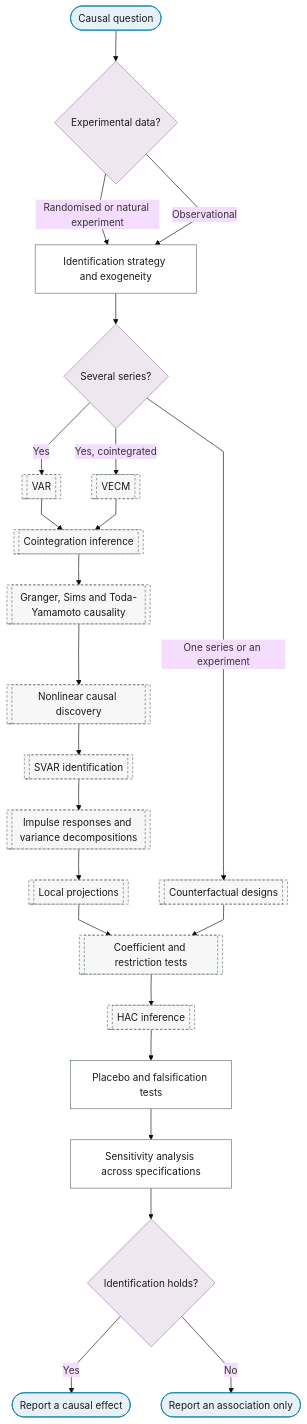
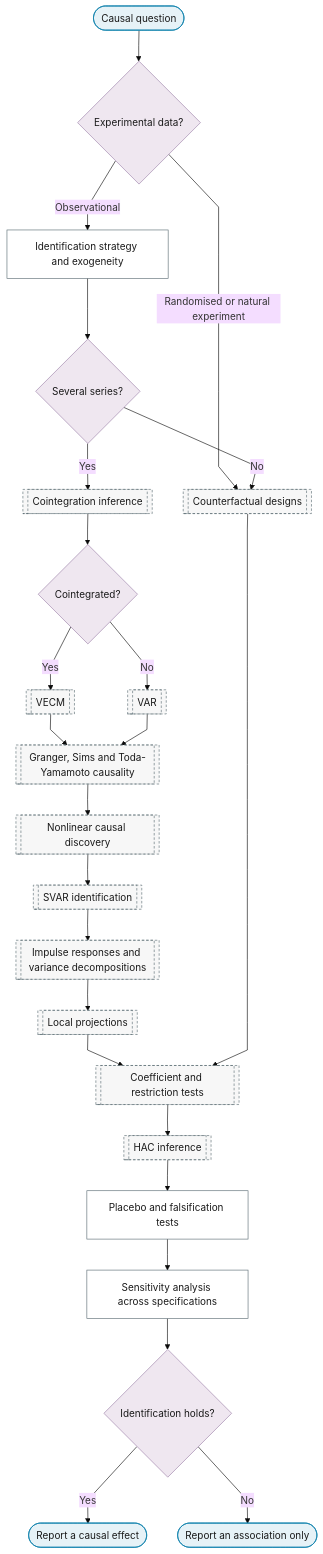
One commit to Shuxin-Y/time-series-analysis-manual changed the diagram in docs/01-workflow/p02-purpose/02-causal-inference.md. Above: the diagram before and after it, drawn with Mermaid (base theme).

Commit message:
fix(flowchart): causal chart tests cointegration before choosing VAR or VECM
A randomised or natural experiment goes straight to counterfactual
designs; the observational path runs identification, then several
series, cointegration inference and the VECM/VAR choice. The forecasting
horizon diamond already routes since the previous commit (long horizons
set the multi-step flag read before the P10 multi-step ref).

````diff
--- a/docs/01-workflow/p02-purpose/02-causal-inference.md
+++ b/docs/01-workflow/p02-purpose/02-causal-inference.md
@@ -7,36 +7,37 @@
 ```mermaid
 %%{init: {"flowchart": {"curve": "linear"}}}%%
 graph TD
     P2_CA_IN(["Causal question"]) --> P2_CA_DESIGN{"Experimental data?"}
-    P2_CA_DESIGN -->|"Randomised or natural experiment"| P2_CA_IDENTIFICATION["Identification strategy and exogeneity"]
-    P2_CA_DESIGN -->|"Observational"| P2_CA_IDENTIFICATION
+    P2_CA_DESIGN -->|"Randomised or natural experiment"| P10_COUNTERFACTUALS[["Counterfactual designs"]]
+    P2_CA_DESIGN -->|"Observational"| P2_CA_IDENTIFICATION["Identification strategy and exogeneity"]
     P2_CA_IDENTIFICATION --> P2_CA_SYSTEM{"Several series?"}
-    P2_CA_SYSTEM -->|"Yes"| P6_VAR[["VAR"]]
-    P2_CA_SYSTEM -->|"Yes, cointegrated"| P6_VECM[["VECM"]]
-    P2_CA_SYSTEM -->|"One series or an experiment"| P10_COUNTERFACTUALS[["Counterfactual designs"]]
-    P6_VAR & P6_VECM --> P10_COINTEGRATION[["Cointegration inference"]]
-    P10_COINTEGRATION --> P10_GRANGER[["Granger, Sims and Toda-Yamamoto causality"]]
+    P2_CA_SYSTEM -->|"Yes"| P10_COINTEGRATION[["Cointegration inference"]]
+    P2_CA_SYSTEM -->|"No"| P10_COUNTERFACTUALS
+    P10_COINTEGRATION --> P2_CA_COINT{"Cointegrated?"}
+    P2_CA_COINT -->|"Yes"| P6_VECM[["VECM"]]
+    P2_CA_COINT -->|"No"| P6_VAR[["VAR"]]
+    P6_VECM & P6_VAR --> P10_GRANGER[["Granger, Sims and Toda-Yamamoto causality"]]
     P10_GRANGER --> P10_NONLINEAR_CAUSALITY[["Nonlinear causal discovery"]]
     P10_NONLINEAR_CAUSALITY --> P10_SVAR_IDENTIFICATION[["SVAR identification"]]
     P10_SVAR_IDENTIFICATION --> P10_IRF_FEVD[["Impulse responses and variance decompositions"]]
     P10_IRF_FEVD --> P10_LOCAL_PROJECTIONS[["Local projections"]]
     P10_LOCAL_PROJECTIONS & P10_COUNTERFACTUALS --> P10_COEFFICIENT_TESTS[["Coefficient and restriction tests"]]
     P10_COEFFICIENT_TESTS --> P10_HAC[["HAC inference"]]
     P10_HAC --> P2_CA_PLACEBO["Placebo and falsification tests"]
     P2_CA_PLACEBO --> P2_CA_SENSITIVITY["Sensitivity analysis across specifications"]
     P2_CA_SENSITIVITY --> P2_CA_VERDICT{"Identification holds?"}
     P2_CA_VERDICT -->|"Yes"| P2_CA_OUT(["Report a causal effect"])
     P2_CA_VERDICT -->|"No"| P2_CA_ASSOC(["Report an association only"])
     class P2_CA_IN,P2_CA_OUT,P2_CA_ASSOC terminator
-    class P2_CA_DESIGN,P2_CA_SYSTEM,P2_CA_VERDICT decision
+    class P2_CA_DESIGN,P2_CA_SYSTEM,P2_CA_COINT,P2_CA_VERDICT decision
     class P2_CA_IDENTIFICATION,P2_CA_PLACEBO,P2_CA_SENSITIVITY process
-    class P6_VAR,P6_VECM,P10_COUNTERFACTUALS,P10_COINTEGRATION,P10_GRANGER,P10_NONLINEAR_CAUSALITY,P10_SVAR_IDENTIFICATION,P10_IRF_FEVD,P10_LOCAL_PROJECTIONS,P10_COEFFICIENT_TESTS,P10_HAC ref
+    class P10_COUNTERFACTUALS,P10_COINTEGRATION,P6_VECM,P6_VAR,P10_GRANGER,P10_NONLINEAR_CAUSALITY,P10_SVAR_IDENTIFICATION,P10_IRF_FEVD,P10_LOCAL_PROJECTIONS,P10_COEFFICIENT_TESTS,P10_HAC ref
     classDef terminator fill:#E6F2F7,stroke:#007BA7,color:#1A1A1A;
     classDef process fill:#FFFFFF,stroke:#5A6B73,color:#1A1A1A;
     classDef decision fill:#EFE7F0,stroke:#9B7FA7,color:#1A1A1A;
     classDef data fill:#FFF4E0,stroke:#C9A55E,color:#1A1A1A;
     classDef good fill:#DCEFD8,stroke:#4A7A3F,color:#1A1A1A;
     classDef escalate fill:#FFE9C2,stroke:#C9A55E,color:#1A1A1A;
     classDef problem fill:#F2D9DE,stroke:#800020,color:#1A1A1A;
     classDef ref fill:#F7F7F7,stroke:#5A6B73,color:#1A1A1A,stroke-dasharray:4 3;
 ```
````
